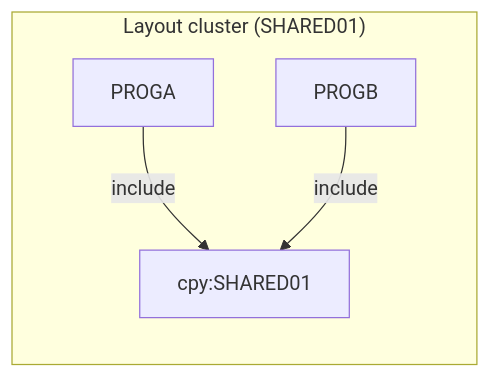
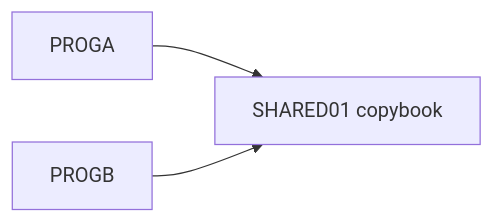
Before and after one commit to Sparq-Holding-Inc/claude-legacy-modernization: the diagram in evals/runs/04-shared-copybook/modernization-assessment/02-coupling.md, drawn with Mermaid. The commit also changed other lines of this file and 268 other files, not shown here.

````diff
--- a/evals/runs/04-shared-copybook/modernization-assessment/02-coupling.md
+++ b/evals/runs/04-shared-copybook/modernization-assessment/02-coupling.md
@@ -24,10 +36,5 @@
 ```mermaid
 graph LR
-  subgraph layout["Layout cluster (SHARED01)"]
-    PROGA
-    PROGB
-    SHARED01["cpy:SHARED01"]
-  end
-  PROGA -->|include| SHARED01
-  PROGB -->|include| SHARED01
+  PROGA --> SHARED01[SHARED01 copybook]
+  PROGB --> SHARED01
 ```
````
